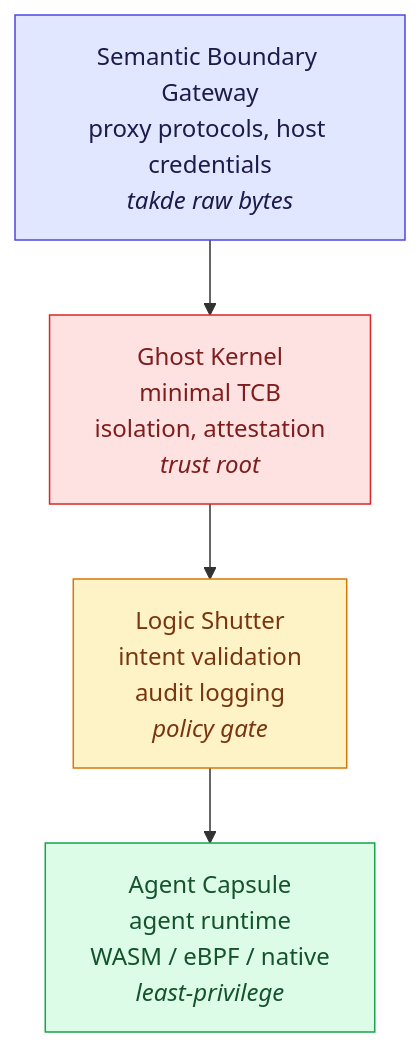
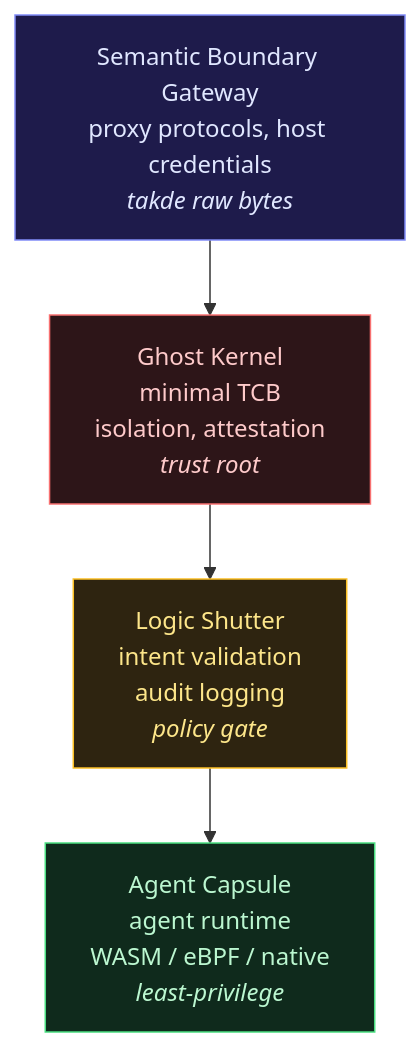
The fourth of 4 diagrams in src/content/posts/ms/age-01-trend-2026.md (arifbazli/malay-tech-journal), drawn with Mermaid before and after one commit. The commit also changed other lines of this file and 16 other files, not shown here.

First line of the commit message:
fix(mermaid): fix light-theme colors and rendering bugs across all diagrams

````diff
--- a/src/content/posts/ms/age-01-trend-2026.md
+++ b/src/content/posts/ms/age-01-trend-2026.md
@@ -273,12 +274,12 @@
 ```mermaid
 flowchart TB
   L1["Semantic Boundary Gateway<br/>proxy protocols, host credentials<br/><i>takde raw bytes</i>"]:::l1
   L2["Ghost Kernel<br/>minimal TCB<br/>isolation, attestation<br/><i>trust root</i>"]:::l2
   L3["Logic Shutter<br/>intent validation<br/>audit logging<br/><i>policy gate</i>"]:::l3
   L4["Agent Capsule<br/>agent runtime<br/>WASM / eBPF / native<br/><i>least-privilege</i>"]:::l4
   L1 --> L2 --> L3 --> L4
-  classDef l1 fill:#e0e7ff,stroke:#4f46e5,color:#1e1b4b
-  classDef l2 fill:#fee2e2,stroke:#dc2626,color:#7f1d1d
-  classDef l3 fill:#fef3c7,stroke:#d97706,color:#78350f
-  classDef l4 fill:#dcfce7,stroke:#16a34a,color:#14532d
+  classDef l1 fill:#1e1b4b,stroke:#818cf8,color:#e0e7ff
+  classDef l2 fill:#2d1518,stroke:#f87171,color:#fecaca
+  classDef l3 fill:#2e2410,stroke:#fbbf24,color:#fde68a
+  classDef l4 fill:#0f2a1c,stroke:#4ade80,color:#bbf7d0
 ```
````
